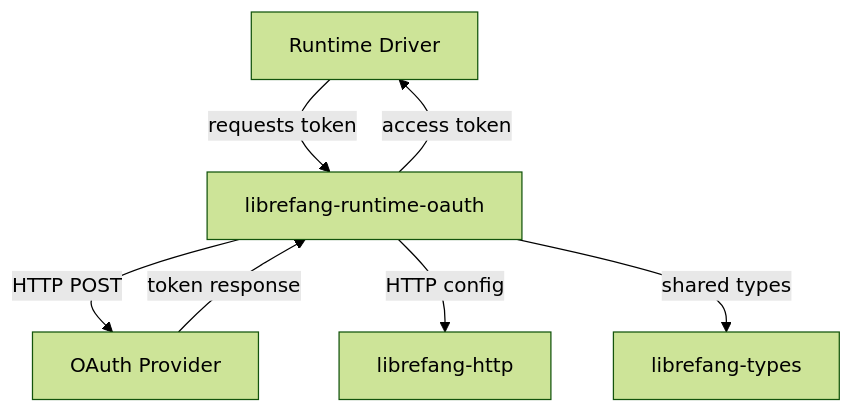
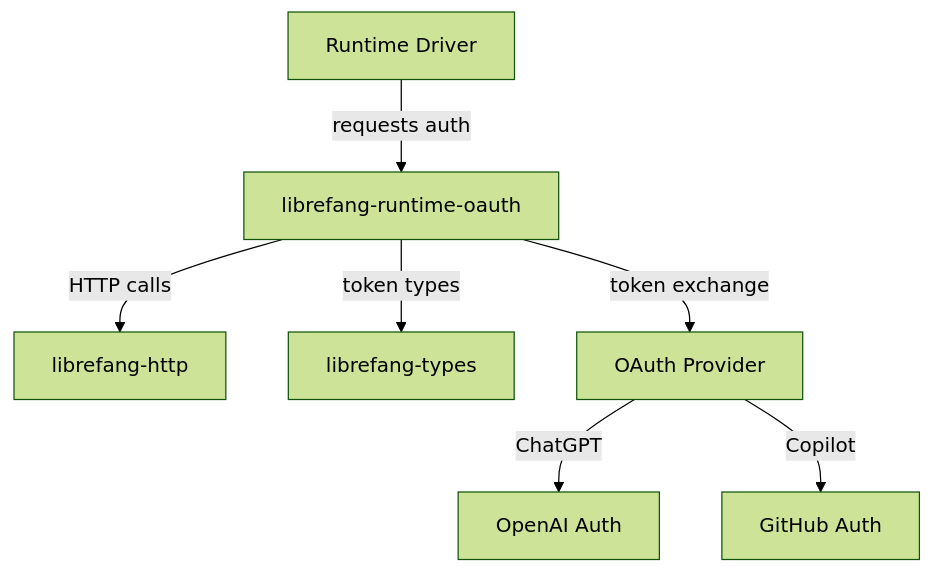
One commit to leszek3737/librefang-WIki changed the diagram in other-librefang-runtime-oauth.md. Above: the diagram before and after it, drawn with Mermaid (forest theme). The commit also changed other lines of this file and 100 other files, not shown here.

````diff
--- a/other-librefang-runtime-oauth.md
+++ b/other-librefang-runtime-oauth.md
@@ -29,9 +19,9 @@
 ```mermaid
 graph TD
-    A[Runtime Driver] -->|requests token| B[librefang-runtime-oauth]
-    B -->|HTTP POST| C[OAuth Provider]
-    C -->|token response| B
-    B -->|access token| A
-    B -->|HTTP config| D[librefang-http]
-    B -->|shared types| E[librefang-types]
+    A[Runtime Driver] -->|requests auth| B[librefang-runtime-oauth]
+    B -->|HTTP calls| C[librefang-http]
+    B -->|token types| D[librefang-types]
+    B -->|token exchange| E[OAuth Provider]
+    E -->|ChatGPT| F[OpenAI Auth]
+    E -->|Copilot| G[GitHub Auth]
 ```
````
